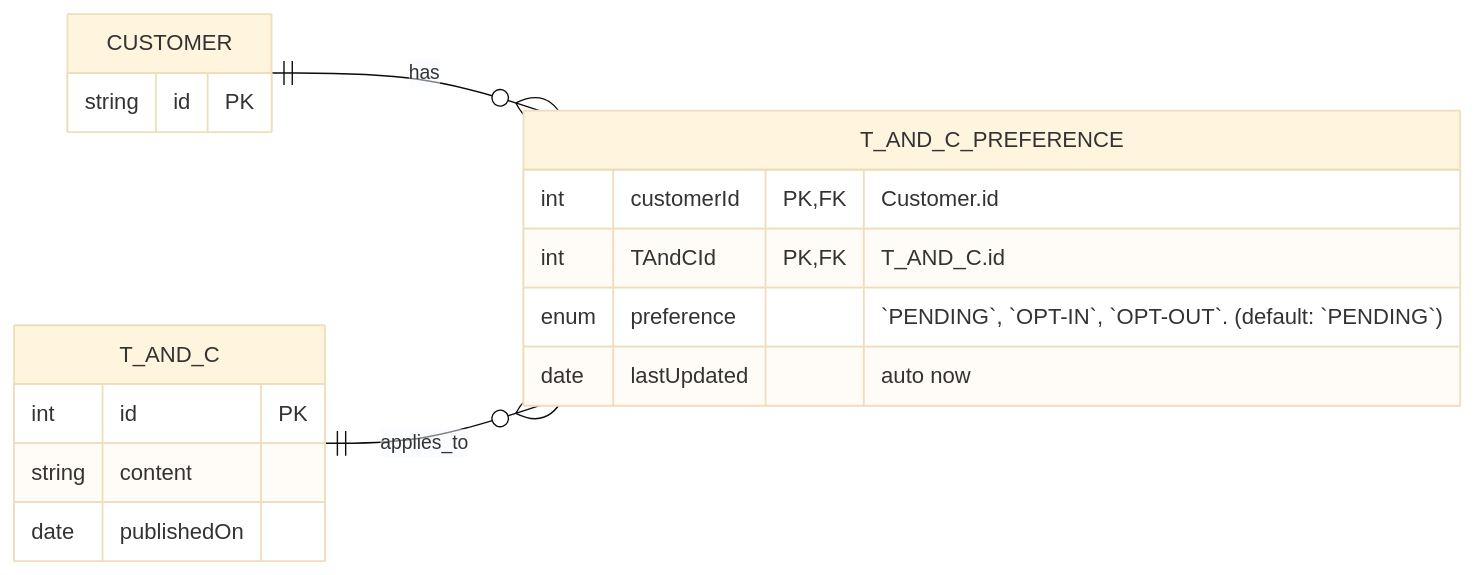
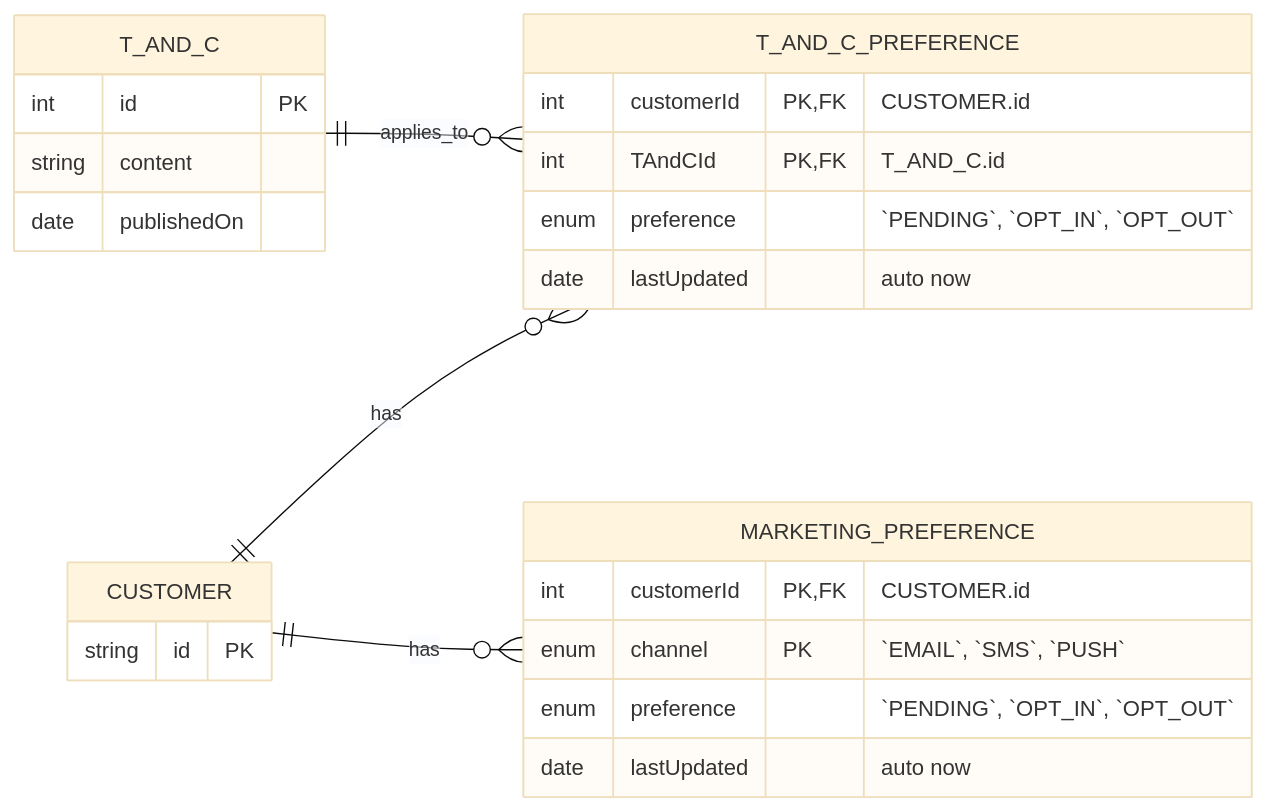
One commit to mmlngl/nimble-pdpa-api-spec changed the diagram in README.md. Above: the diagram before and after it, drawn with Mermaid (base theme). The commit also changed other lines of this file and 1 other file, not shown here.

````diff
--- a/README.md
+++ b/README.md
@@ -22,24 +27,32 @@
 ```mermaid
 erDiagram
-    direction LR
+		direction LR
+    T_AND_C 1 to many T_AND_C_PREFERENCE : applies_to
     CUSTOMER 1 to many T_AND_C_PREFERENCE : has
-    T_AND_C 1 to many T_AND_C_PREFERENCE : applies_to
+    CUSTOMER 1 to many MARKETING_PREFERENCE : has
 
     CUSTOMER {
         string id PK
-    }
-
-    T_AND_C_PREFERENCE {
-        int customerId PK, FK "Customer.id"
-        int TAndCId PK, FK "T_AND_C.id"
-        enum preference "`PENDING`, `OPT-IN`, `OPT-OUT`. (default: `PENDING`)"
-        date lastUpdated "auto now"
     }
 
     T_AND_C {
         int id PK
         string content
         date publishedOn
     }
 
+    MARKETING_PREFERENCE {
+        int customerId PK, FK "CUSTOMER.id"
+        enum channel PK "`EMAIL`, `SMS`, `PUSH`"
+        enum preference "`PENDING`, `OPT_IN`, `OPT_OUT`"
+        date lastUpdated "auto now"
+    }
+
+    T_AND_C_PREFERENCE {
+        int customerId PK, FK "CUSTOMER.id"
+        int TAndCId PK, FK "T_AND_C.id"
+        enum preference "`PENDING`, `OPT_IN`, `OPT_OUT`"
+        date lastUpdated "auto now"
+    }
+
 ```
````
